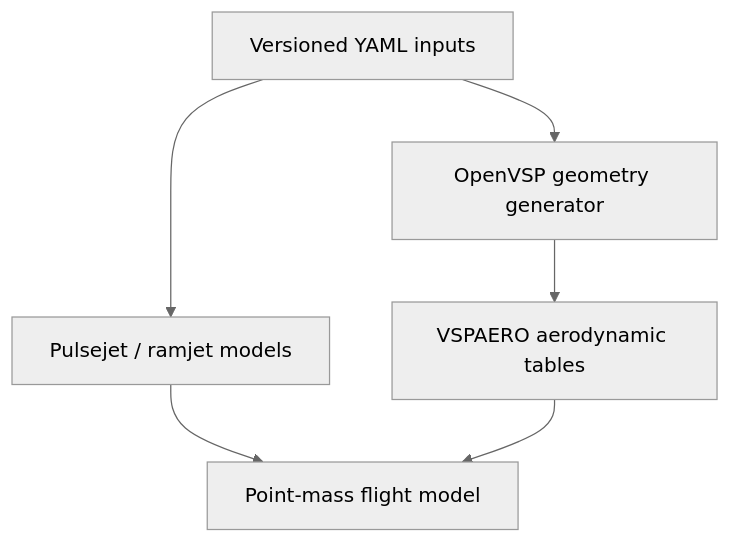
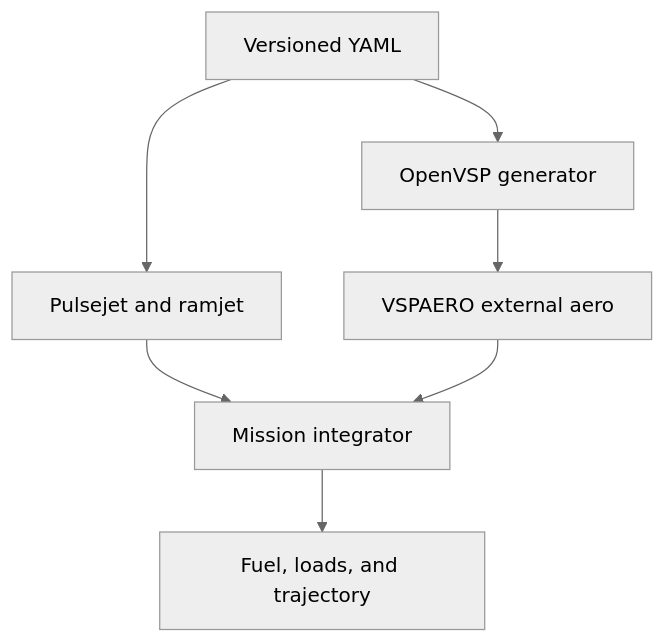
The diagram in docs/model_architecture.md (tdouglas19/Douglas_Dart), drawn with Mermaid (neutral theme) before and after one commit. The commit also changed other lines of this file and 25 other files, not shown here.

Commit message:
Converge shared-nozzle candidate and add OpenVSP workflow

````diff
--- a/docs/model_architecture.md
+++ b/docs/model_architecture.md
@@ -8,8 +5,9 @@
 ```mermaid
 flowchart TD
-    C["Versioned YAML inputs"] --> P["Pulsejet / ramjet models"]
-    C --> G["OpenVSP geometry generator"]
-    G --> A["VSPAERO aerodynamic tables"]
-    P --> F["Point-mass flight model"]
-    A --> F
+    C["Versioned YAML"] --> P["Pulsejet and ramjet"]
+    C --> G["OpenVSP generator"]
+    G --> A["VSPAERO external aero"]
+    P --> M["Mission integrator"]
+    A --> M
+    M --> R["Fuel, loads, and trajectory"]
 ```
````
